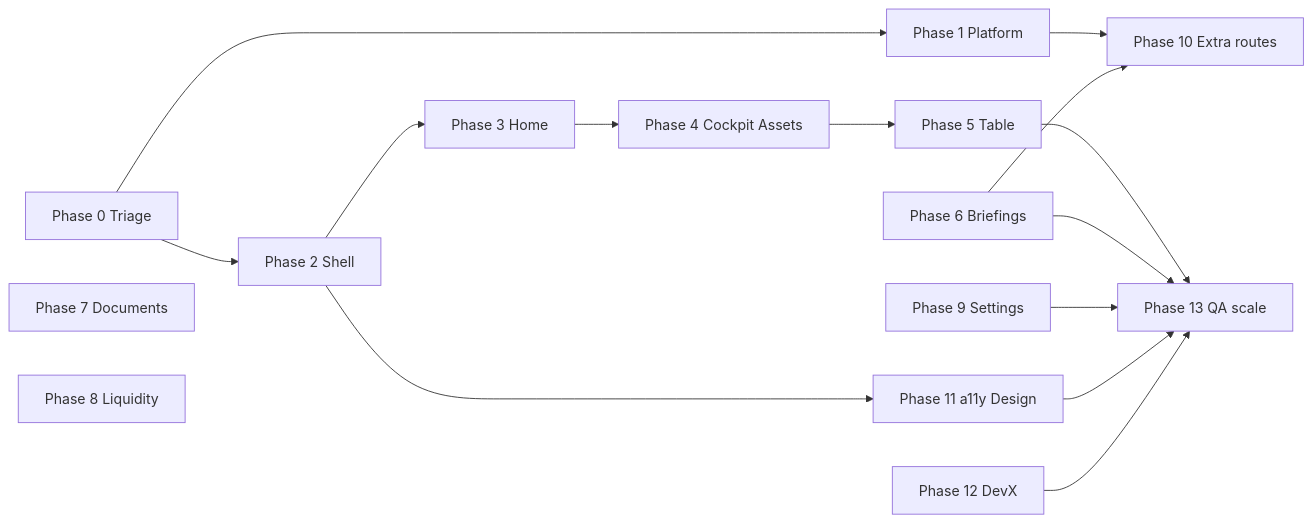
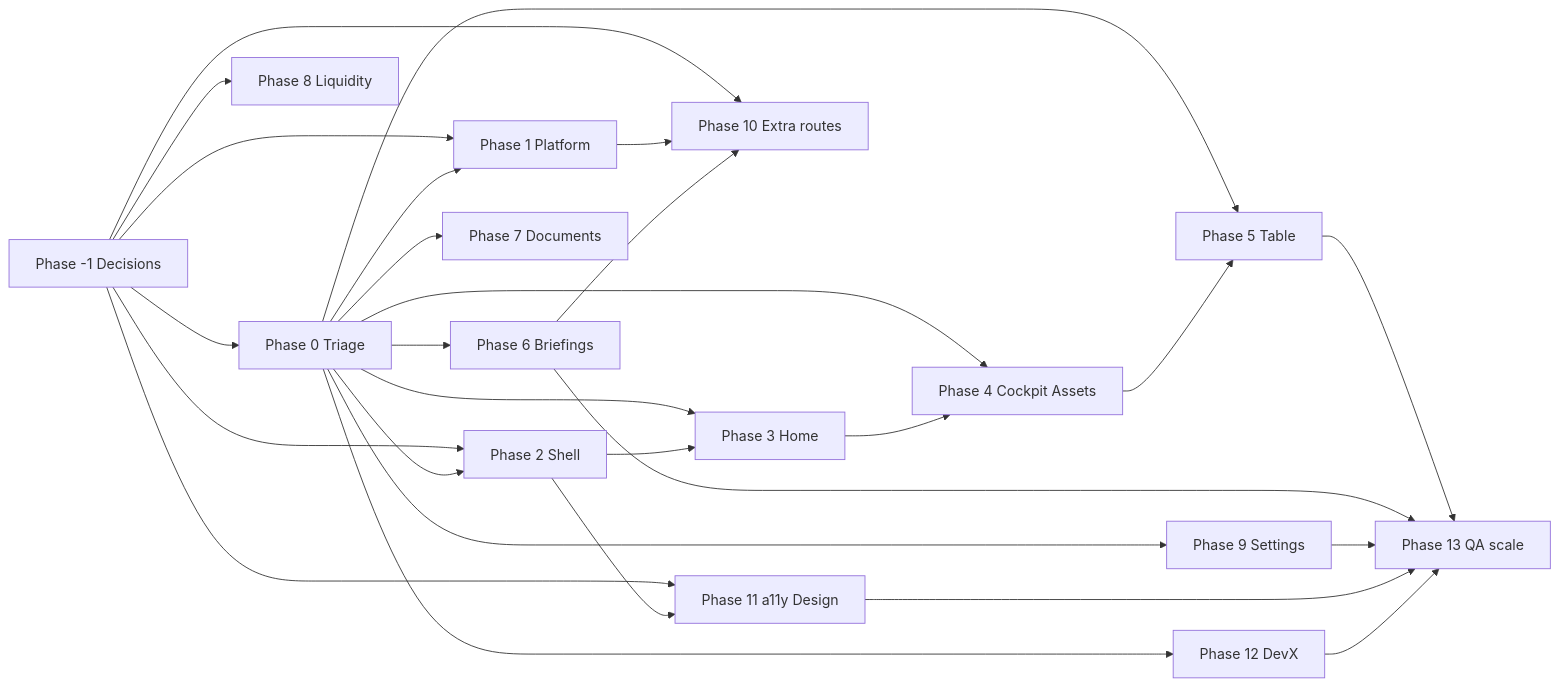
Before and after one commit to kutbiomar/chief-risk-bot: the diagram in docs/PRODUCT_REMEDIATION_PLAN.md, drawn with Mermaid. The commit also changed other lines of this file and 3 other files, not shown here.

````diff
--- a/docs/PRODUCT_REMEDIATION_PLAN.md
+++ b/docs/PRODUCT_REMEDIATION_PLAN.md
@@ -152,30 +188,44 @@
 ```mermaid
 flowchart LR
+  PD[Phase -1 Decisions]
   P0[Phase 0 Triage]
   P1[Phase 1 Platform]
   P2[Phase 2 Shell]
   P3[Phase 3 Home]
   P4[Phase 4 Cockpit Assets]
   P5[Phase 5 Table]
   P6[Phase 6 Briefings]
   P7[Phase 7 Documents]
   P8[Phase 8 Liquidity]
   P9[Phase 9 Settings]
   P10[Phase 10 Extra routes]
   P11[Phase 11 a11y Design]
   P12[Phase 12 DevX]
   P13[Phase 13 QA scale]
+  PD --> P0
+  PD --> P1
+  PD --> P2
+  PD --> P8
+  PD --> P10
+  PD --> P11
   P0 --> P1
   P0 --> P2
+  P0 --> P3
+  P0 --> P4
+  P0 --> P5
+  P0 --> P6
+  P0 --> P7
+  P0 --> P9
+  P0 --> P12
   P1 --> P10
   P2 --> P3
   P2 --> P11
   P3 --> P4
   P4 --> P5
   P6 --> P10
   P5 --> P13
   P6 --> P13
   P9 --> P13
   P11 --> P13
   P12 --> P13
 ```
````
